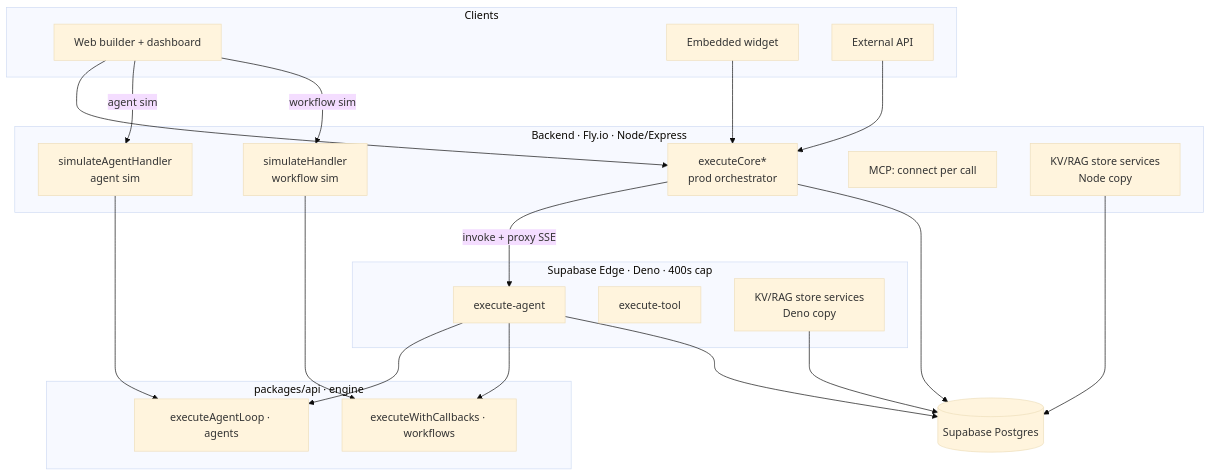
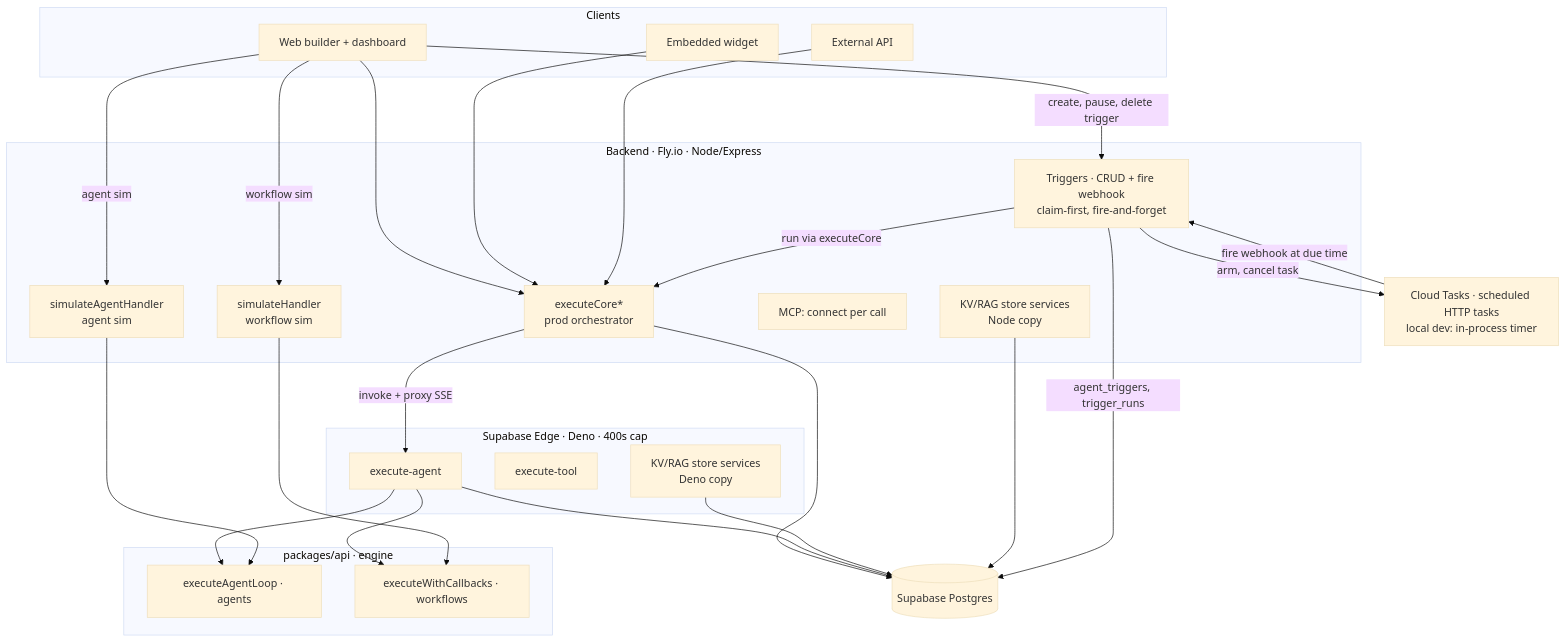
Before and after one commit to daviddominguezh/llm-graph-builder: the second of 5 diagrams in README.md, drawn with Mermaid (base theme). The commit also changed other lines of this file, not shown here.

Commit message:
docs(readme): document scheduled triggers + update legacy architecture diagram

````diff
--- a/README.md
+++ b/README.md
@@ -196,44 +202,52 @@
 ```mermaid
 flowchart TB
   subgraph clients[Clients]
     web[Web builder + dashboard]
     widget[Embedded widget]
     ext[External API]
   end
 
   subgraph be["Backend · Fly.io · Node/Express"]
     prod[executeCore*<br/>prod orchestrator]
     sima[simulateAgentHandler<br/>agent sim]
     simw[simulateHandler<br/>workflow sim]
+    trig["Triggers · CRUD + fire webhook<br/>claim-first, fire-and-forget"]
     mcp[MCP: connect per call]
     st1[KV/RAG store services<br/>Node copy]
   end
+
+  ct["Cloud Tasks · scheduled HTTP tasks<br/>local dev: in-process timer"]
 
   subgraph edge["Supabase Edge · Deno · 400s cap"]
     ea[execute-agent]
     et[execute-tool]
     st2[KV/RAG store services<br/>Deno copy]
   end
 
   subgraph engine["packages/api · engine"]
     agent[executeAgentLoop · agents]
     flow[executeWithCallbacks · workflows]
   end
 
   db[(Supabase Postgres)]
 
   web --> prod
   widget --> prod
   ext --> prod
   prod -->|invoke + proxy SSE| ea
   ea --> agent
   ea --> flow
   web -->|agent sim| sima
   web -->|workflow sim| simw
   sima --> agent
   simw --> flow
+  web -->|create, pause, delete trigger| trig
+  trig -->|arm, cancel task| ct
+  ct -->|fire webhook at due time| trig
+  trig -->|run via executeCore| prod
   prod --> db
   ea --> db
   st2 --> db
   st1 --> db
+  trig -->|agent_triggers, trigger_runs| db
 ```
````
